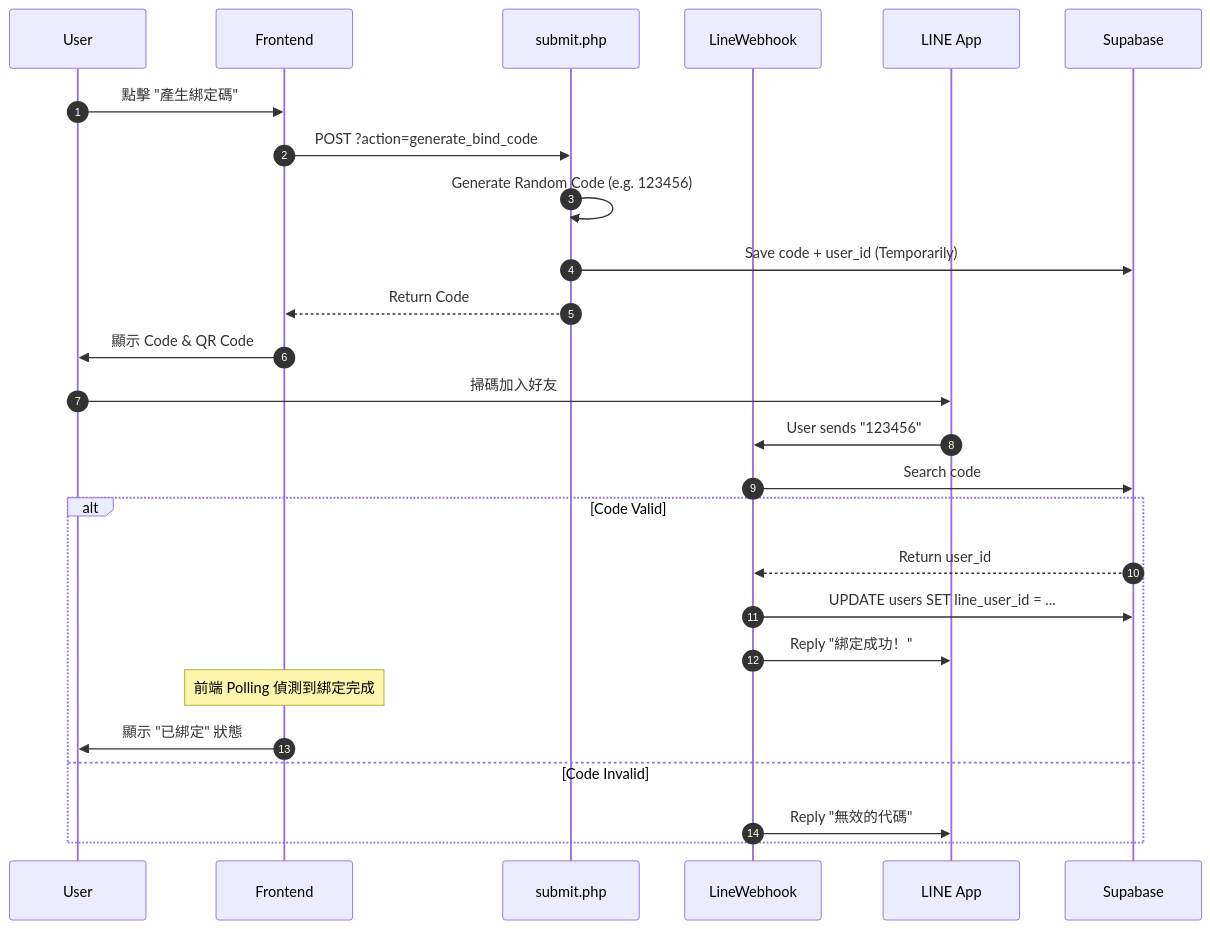
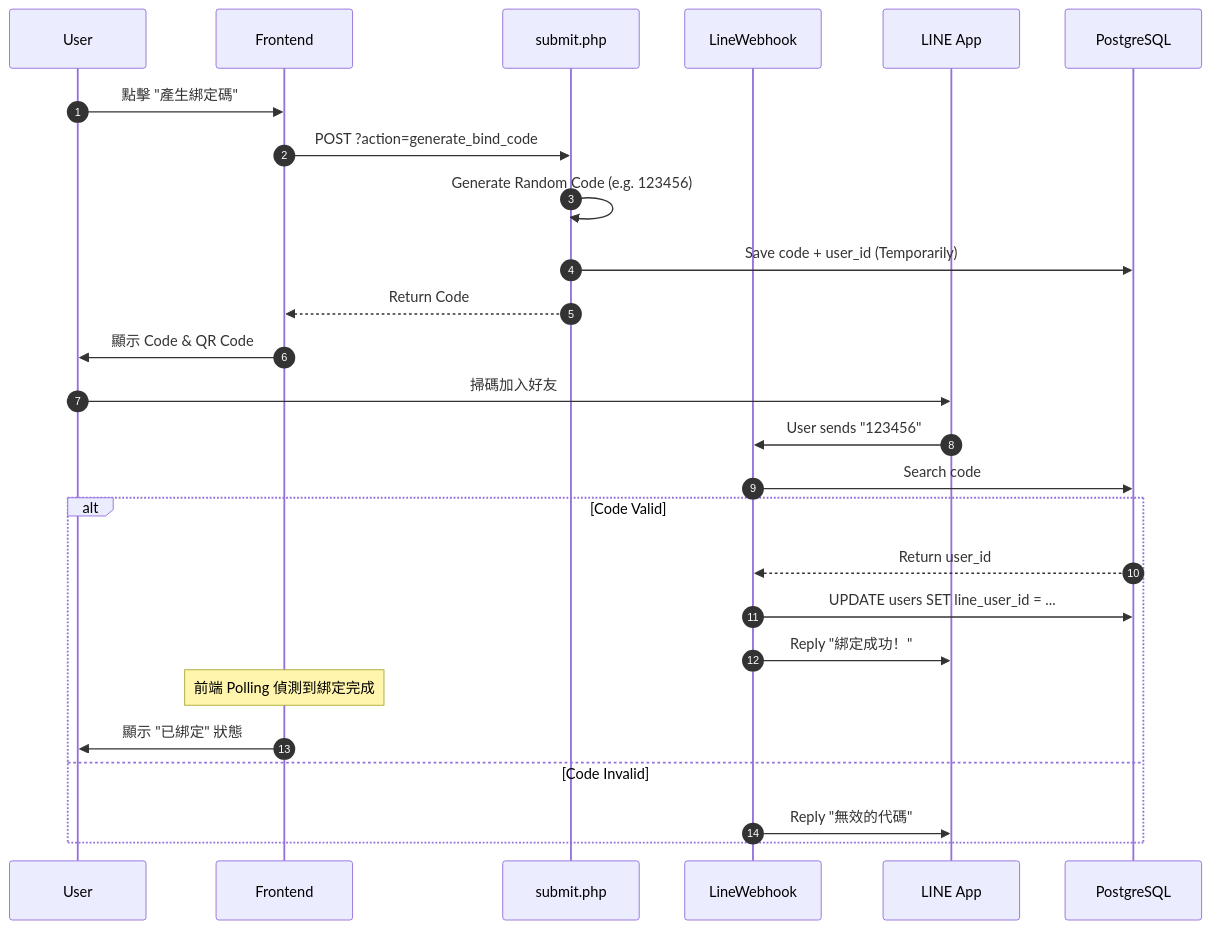
The fourth of 5 diagrams in illustrate/architecture.md (Raxter62/Fitconnect), drawn with Mermaid before and after one commit. The commit also changed other lines of this file and 29 other files, not shown here.

````diff
--- a/illustrate/architecture.md
+++ b/illustrate/architecture.md
@@ -135,29 +139,29 @@
 ```mermaid
 sequenceDiagram
     autonumber
     participant U as User
     participant FE as Frontend
     participant API as submit.php
     participant LB as LineWebhook
     participant LINE as LINE App
-    participant DB as Supabase
+    participant DB as PostgreSQL
 
     U->>FE: 點擊 "產生綁定碼"
     FE->>API: POST ?action=generate_bind_code
     API->>API: Generate Random Code (e.g. 123456)
     API->>DB: Save code + user_id (Temporarily)
     API-->>FE: Return Code
     FE->>U: 顯示 Code & QR Code
     U->>LINE: 掃碼加入好友
     LINE->>LB: User sends "123456"
     LB->>DB: Search code
     alt Code Valid
         DB-->>LB: Return user_id
         LB->>DB: UPDATE users SET line_user_id = ...
         LB->>LINE: Reply "綁定成功！"
         Note over FE: 前端 Polling 偵測到綁定完成
         FE->>U: 顯示 "已綁定" 狀態
     else Code Invalid
         LB->>LINE: Reply "無效的代碼"
     end
 ```
````
